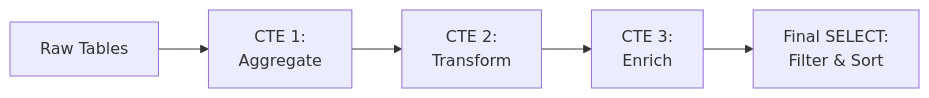
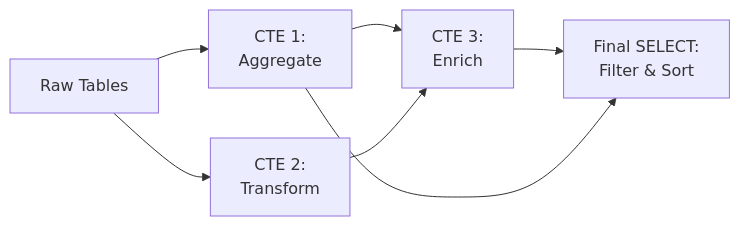
The second of 4 diagrams in week_07/w07_l14_concept_ctes_advanced.md (devomh/comp4098-2026), drawn with Mermaid before and after one commit. The commit also changed other lines of this file and 2 other files, not shown here.

````diff
--- a/week_07/w07_l14_concept_ctes_advanced.md
+++ b/week_07/w07_l14_concept_ctes_advanced.md
@@ -124,7 +125,9 @@
 ```mermaid
 graph LR
     A["Raw Tables"] --> B["CTE 1:<br/>Aggregate"]
-    B --> C["CTE 2:<br/>Transform"]
-    C --> D["CTE 3:<br/>Enrich"]
+    A --> C["CTE 2:<br/>Transform"]
+    B --> D["CTE 3:<br/>Enrich"]
+    C --> D
     D --> E["Final SELECT:<br/>Filter & Sort"]
+    B --> E
 ```
````
